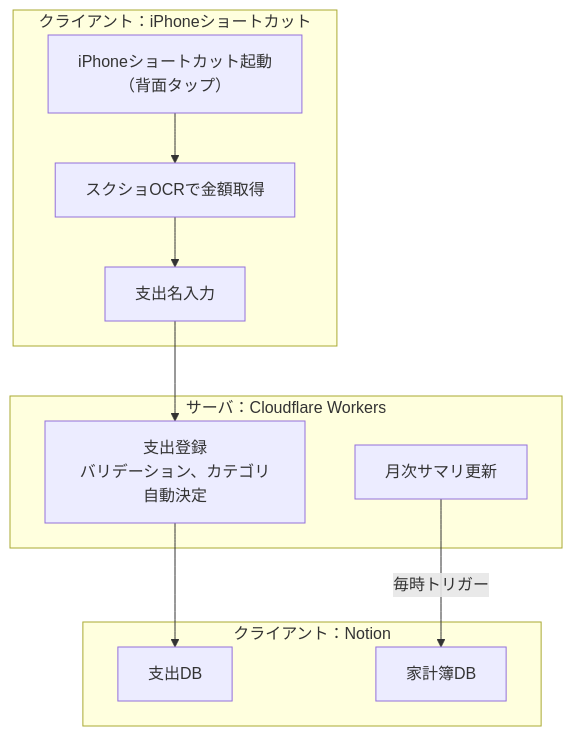
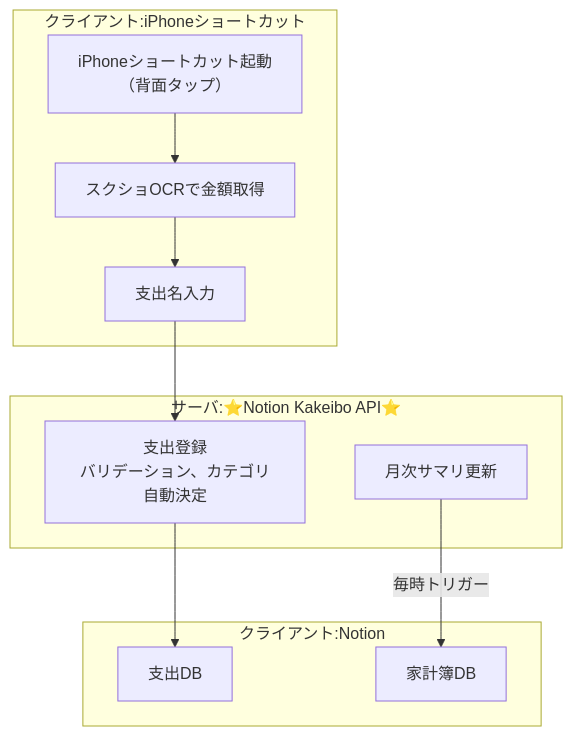
The diagram in README.md (makim0939/notion-kakeibo-api), drawn with Mermaid before and after one commit.

Commit message:
docs: Readme修正

````diff
--- a/README.md
+++ b/README.md
@@ -14,26 +14,26 @@
 ```mermaid
 graph TD;
 
-subgraph client[クライアント：iPhoneショートカット]
+subgraph client[クライアント:iPhoneショートカット]
   runShortcut[iPhoneショートカット起動\n（背面タップ）] 
   getAmount[スクショOCRで金額取得]
   enterInfo["支出名入力"] 
 end
 
-subgraph server[サーバ：Cloudflare Workers]
+subgraph server[サーバ:⭐️Notion Kakeibo API⭐️]
   newExpense[支出登録\nバリデーション、カテゴリ自動決定]
   updateSummary[月次サマリ更新]
 end
 
-subgraph notion[クライアント：Notion]
+subgraph notion[クライアント:Notion]
   ExpenseDB[支出DB]
   KakeiboDB[家計簿DB]
 end
 
 runShortcut --> getAmount
 getAmount　--> enterInfo
 enterInfo --> newExpense
 newExpense --> ExpenseDB
 updateSummary -- 毎時トリガー --> KakeiboDB
 
 ```
````
